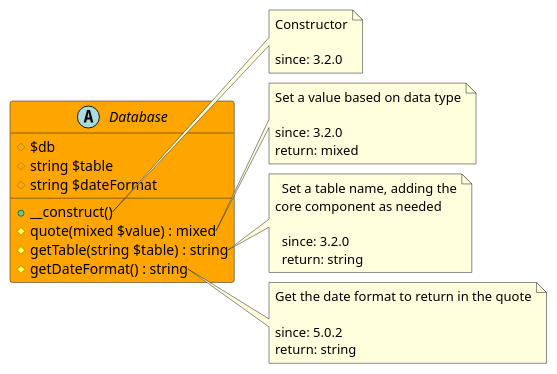
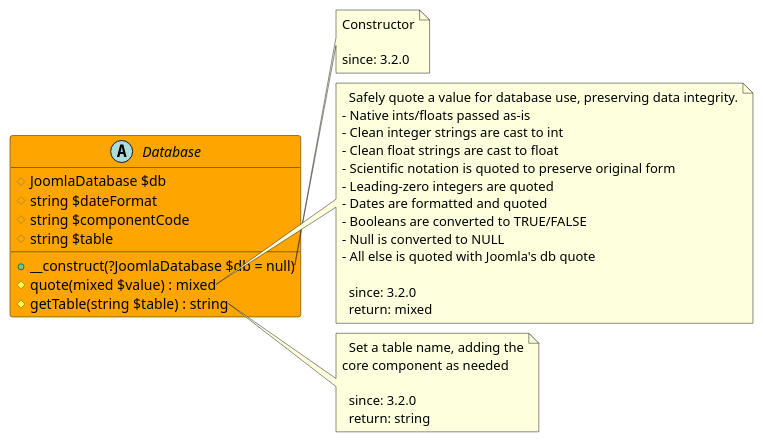
Before and after one commit to joomengine/super-powers: the diagram in src/6cbef8f8-4813-48e3-b05a-65e1aea95171/README.md, drawn with PlantUML. The commit also changed other lines of this file and 238 other files, not shown here.

````diff
--- a/src/6cbef8f8-4813-48e3-b05a-65e1aea95171/README.md
+++ b/src/6cbef8f8-4813-48e3-b05a-65e1aea95171/README.md
@@ -12,42 +5,45 @@
 ```uml
 @startuml
+
 abstract Database  #Orange {
-  # $db
+  # JoomlaDatabase $db
+  # string $dateFormat
+  # string $componentCode
   # string $table
-  # string $dateFormat
-  + __construct()
+  + __construct(?JoomlaDatabase $db = null)
   # quote(mixed $value) : mixed
   # getTable(string $table) : string
-  # getDateFormat() : string
 }
 
 note right of Database::__construct
   Constructor
 
   since: 3.2.0
 end note
 
 note right of Database::quote
-  Set a value based on data type
+  Safely quote a value for database use, preserving data integrity.
+- Native ints/floats passed as-is
+- Clean integer strings are cast to int
+- Clean float strings are cast to float
+- Scientific notation is quoted to preserve original form
+- Leading-zero integers are quoted
+- Dates are formatted and quoted
+- Booleans are converted to TRUE/FALSE
+- Null is converted to NULL
+- All else is quoted with Joomla's db quote
 
   since: 3.2.0
   return: mixed
 end note
 
 note right of Database::getTable
   Set a table name, adding the
 core component as needed
 
   since: 3.2.0
   return: string
 end note
 
-note right of Database::getDateFormat
-  Get the date format to return in the quote
-
-  since: 5.0.2
-  return: string
-end note
- 
 @enduml
 ```
````
